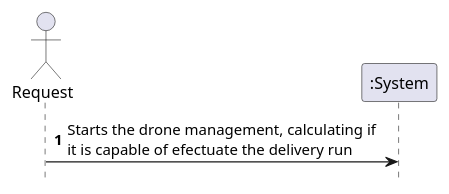
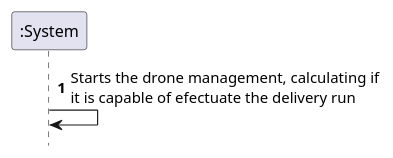
One commit to tiagoavcosta25/LAPR3 changed the diagram in docs/Iteration 2/Drone Management/US204_DroneMovement/US204_SSD.puml. Above: the diagram before and after it, drawn with PlantUML. The commit also changed 1 other file, not shown here.

```diff
--- a/docs/Iteration 2/Drone Management/US204_DroneMovement/US204_SSD.puml
+++ b/docs/Iteration 2/Drone Management/US204_DroneMovement/US204_SSD.puml
@@ -1,9 +1,7 @@
 @startuml
 autonumber
 hide footbox
 
-actor Request as R
-
 participant ":System" as SYST
-R -> SYST : Starts the drone management, calculating if \nit is capable of efectuate the delivery run
+SYST -> SYST : Starts the drone management, calculating if \nit is capable of efectuate the delivery run
 @enduml
```
